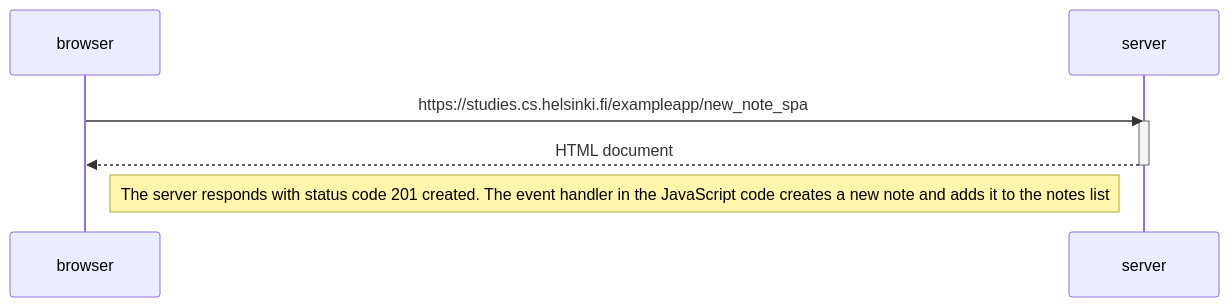
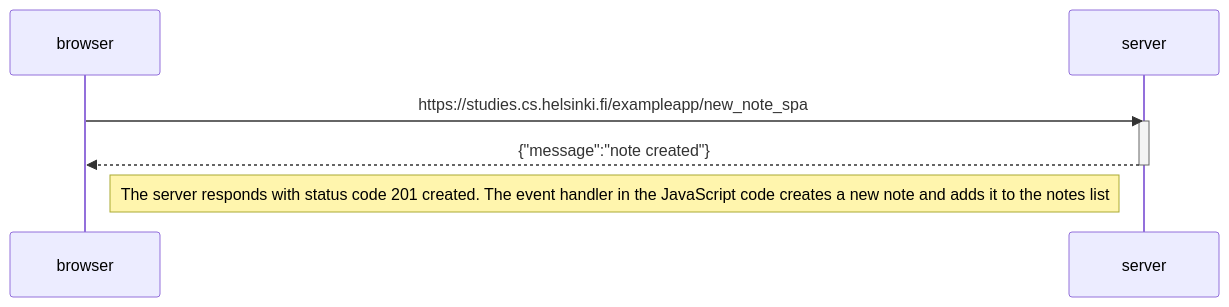
The diagram in part0/0.6newNoteInSinglePageAppDiagram/mermaid.md (sungseanpark/fullstackopen), drawn with Mermaid before and after one commit.

Commit message:
Correct part 0.6

````diff
--- a/part0/0.6newNoteInSinglePageAppDiagram/mermaid.md
+++ b/part0/0.6newNoteInSinglePageAppDiagram/mermaid.md
@@ -1,12 +1,12 @@
 ```mermaid
 sequenceDiagram
     participant browser
     participant server
 
     browser->>server: https://studies.cs.helsinki.fi/exampleapp/new_note_spa
     activate server
-    server-->>browser: HTML document
+    server-->>browser: {"message":"note created"}
     deactivate server
     Note right of browser: The server responds with status code 201 created. The event handler in the JavaScript code creates a new note and adds it to the notes list
 
 ```
````
